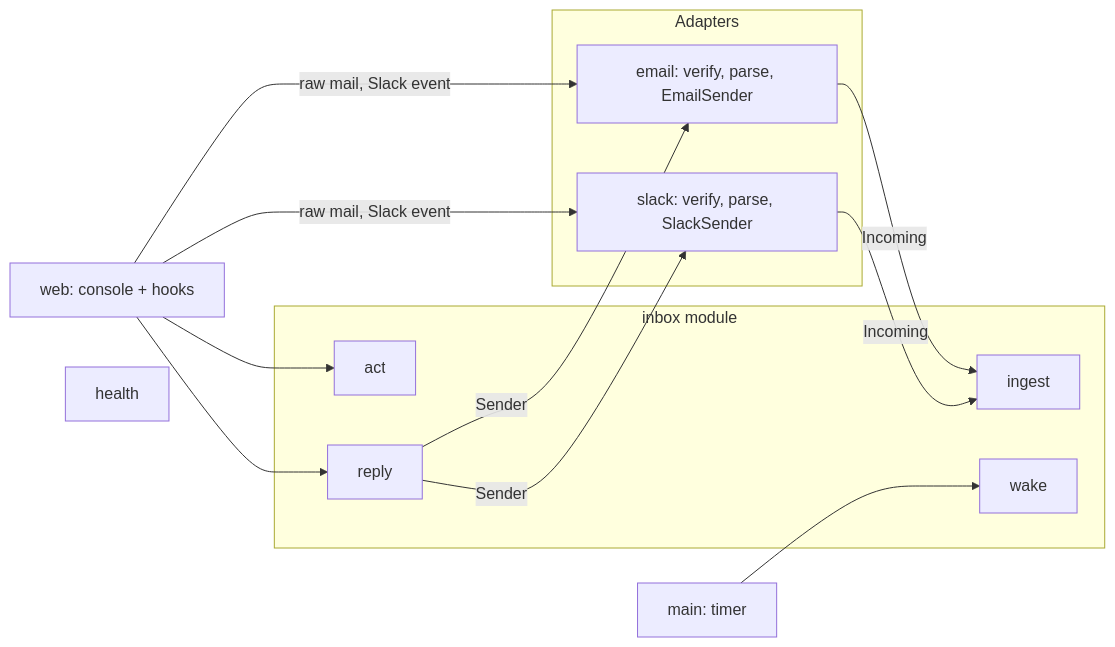
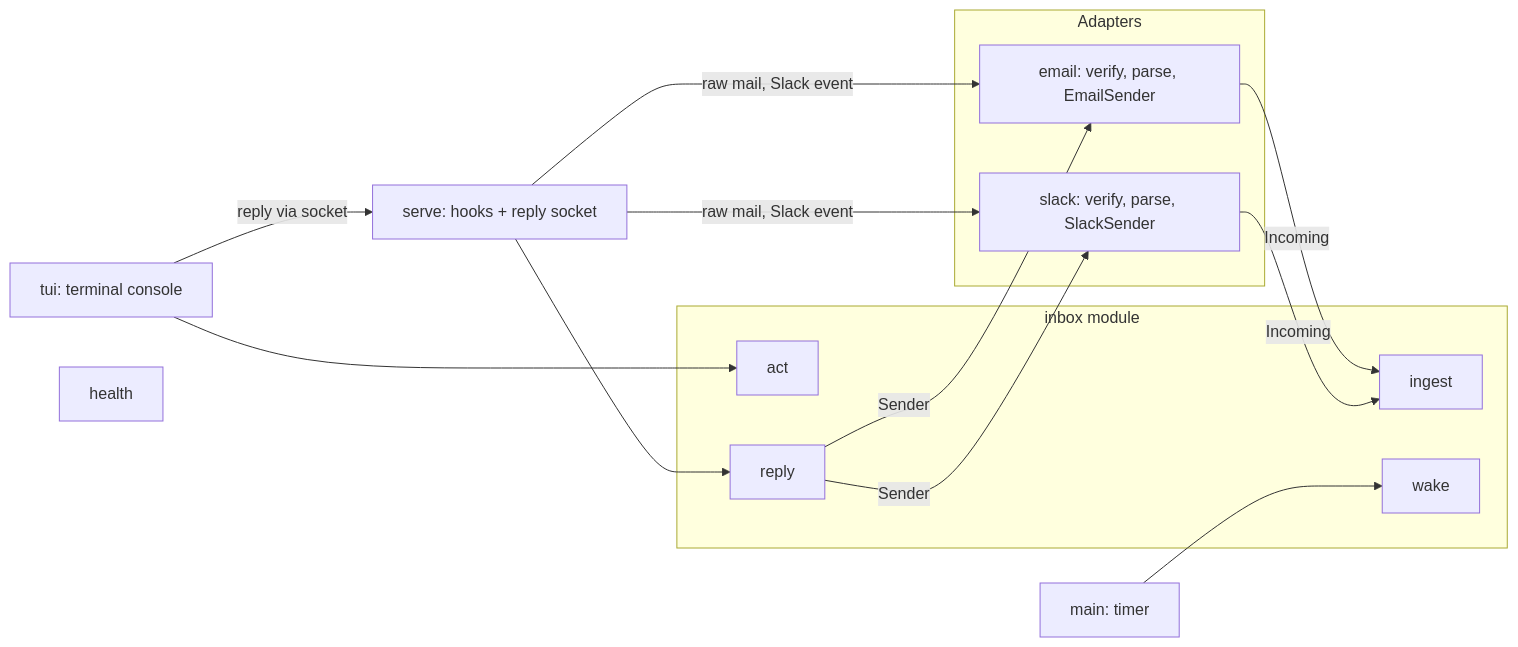
One commit to JMLegere/comms-terminal changed the third of 3 diagrams in docs/prd.md. Above: the diagram before and after it, drawn with Mermaid. The commit also changed other lines of this file and 3 other files, not shown here.

First line of the commit message:
docs: console design (terminal app over SSH), approved

````diff
--- a/docs/prd.md
+++ b/docs/prd.md
@@ -285,19 +287,21 @@
 ```mermaid
 flowchart LR
   subgraph Adapters
     EM[email: verify, parse, EmailSender]
     SK[slack: verify, parse, SlackSender]
   end
   subgraph inbox[inbox module]
     I1[ingest]
     I2[act]
     I3[reply]
     I4[wake]
   end
-  WEB[web: console + hooks] -->|raw mail, Slack event| EM & SK
+  SRV[serve: hooks + reply socket] -->|raw mail, Slack event| EM & SK
   EM & SK -->|Incoming| I1
-  WEB --> I2 & I3
+  TUI[tui: terminal console] --> I2
+  TUI -->|reply via socket| SRV
+  SRV --> I3
   I3 -->|Sender| EM & SK
   MAIN[main: timer] --> I4
   HL[health]
 ```
````
